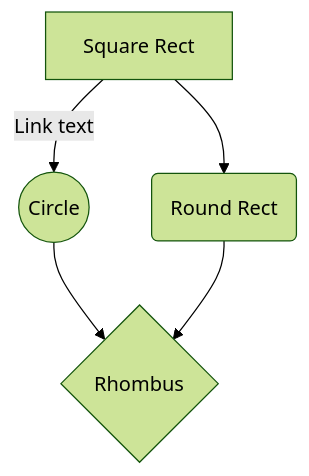
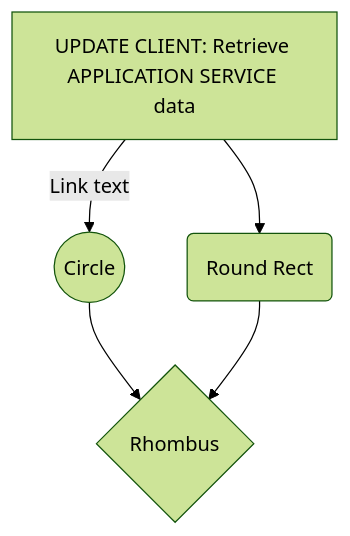
The first of 2 diagrams in README.md (oegea/adp), drawn with Mermaid (forest theme) before and after one commit. The commit also changed other lines of this file, not shown here.

````diff
--- a/README.md
+++ b/README.md
@@ -69,7 +69,7 @@
 ```mermaid
 graph TB
-A[Square Rect] -- Link text --> B((Circle))
+A[UPDATE CLIENT: Retrieve APPLICATION SERVICE data] -- Link text --> B((Circle))
 A --> C(Round Rect)
 B --> D{Rhombus}
 C --> D
 ```
````
